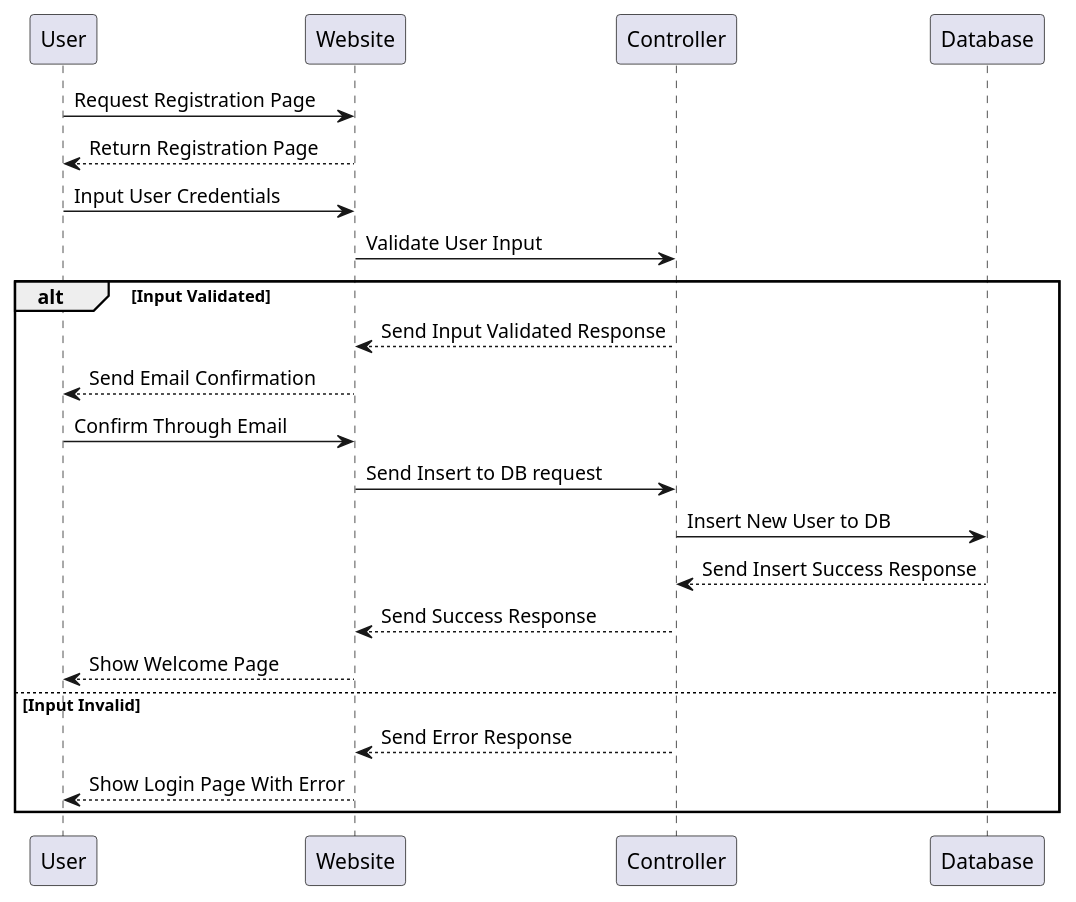
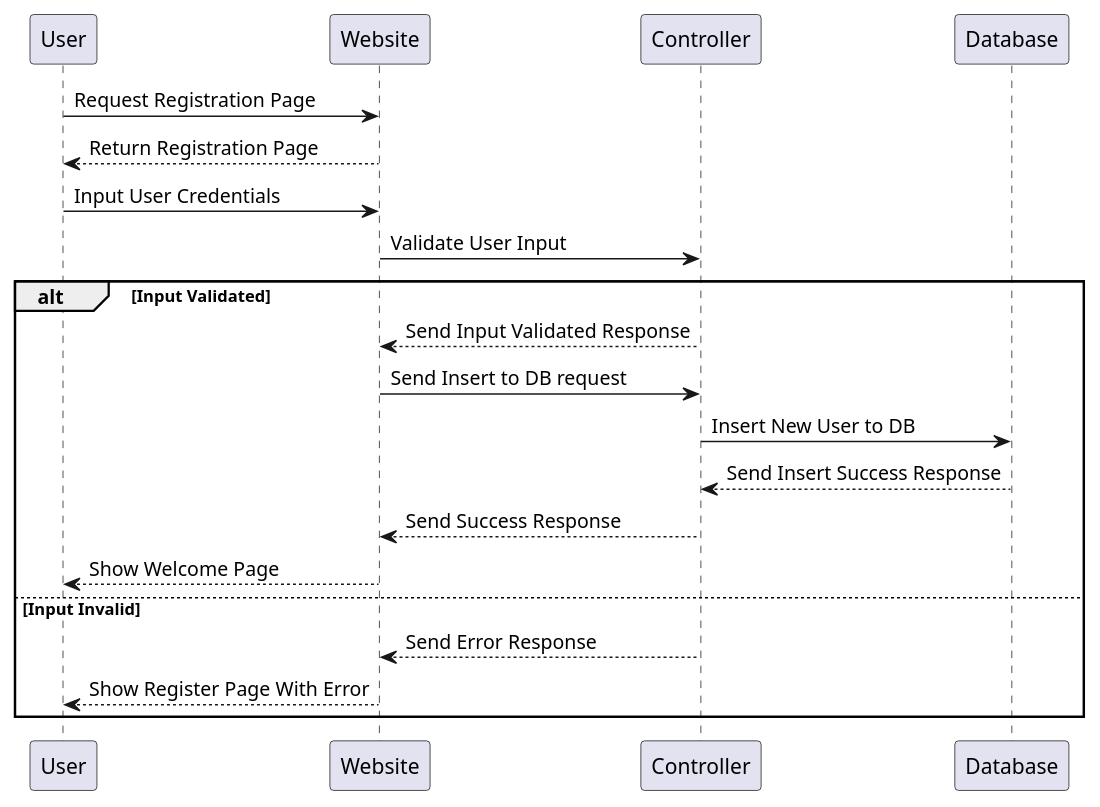
One commit to AntWort21/BHFMS changed the diagram in Design/BHFMS_SEQUENCE/Register.puml. Above: the diagram before and after it, drawn with PlantUML. The commit also changed 1 other file, not shown here.

Commit message:
fixed register activity and sequence

```diff
--- a/Design/BHFMS_SEQUENCE/Register.puml
+++ b/Design/BHFMS_SEQUENCE/Register.puml
@@ -1,21 +1,19 @@
 @startuml
 User -> Website: Request Registration Page
 User <-- Website: Return Registration Page
 User -> Website: Input User Credentials
 Website -> Controller: Validate User Input
 alt Input Validated
     Website <-- Controller: Send Input Validated Response
-    User <-- Website: Send Email Confirmation
-    User -> Website: Confirm Through Email
     Website -> Controller: Send Insert to DB request
     Controller -> Database: Insert New User to DB
     Controller <-- Database: Send Insert Success Response
     Website <-- Controller: Send Success Response
     User <-- Website: Show Welcome Page
     
 else Input Invalid
     Website <-- Controller: Send Error Response
-    User <-- Website: Show Login Page With Error
+    User <-- Website: Show Register Page With Error
 end
 
 @enduml
```
